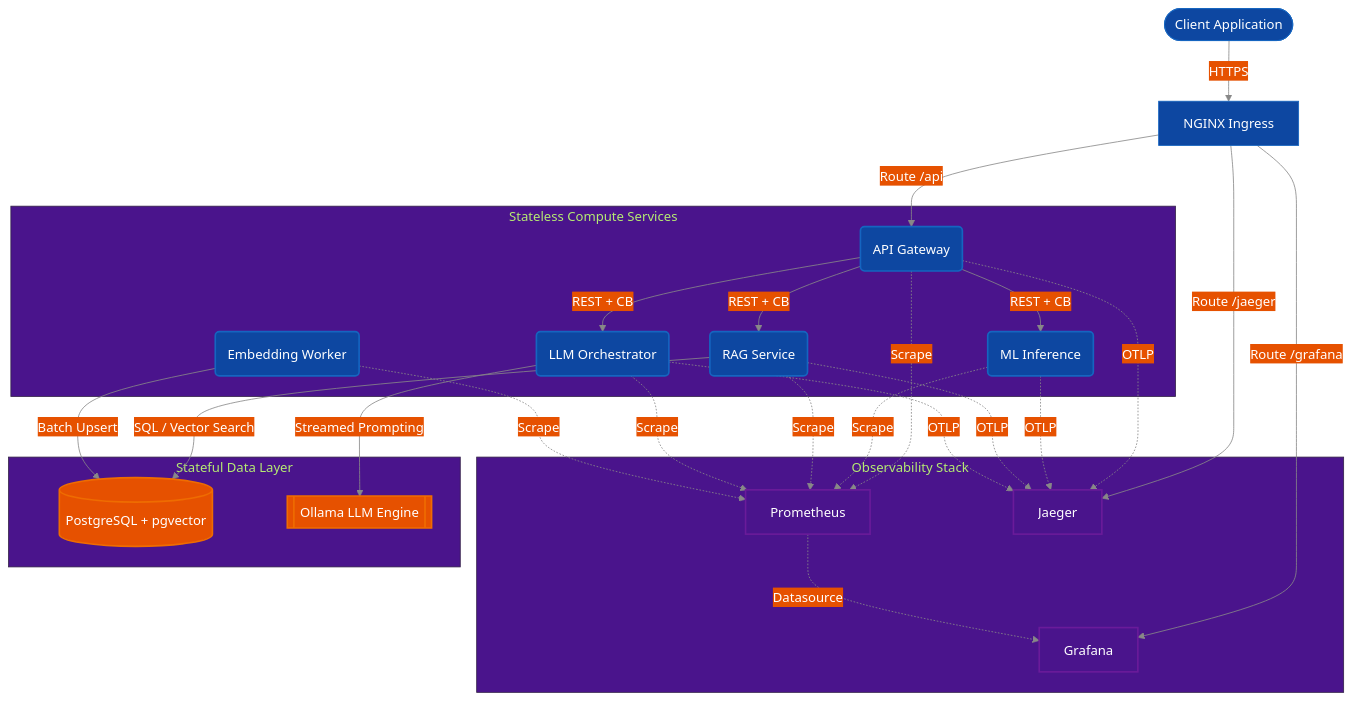
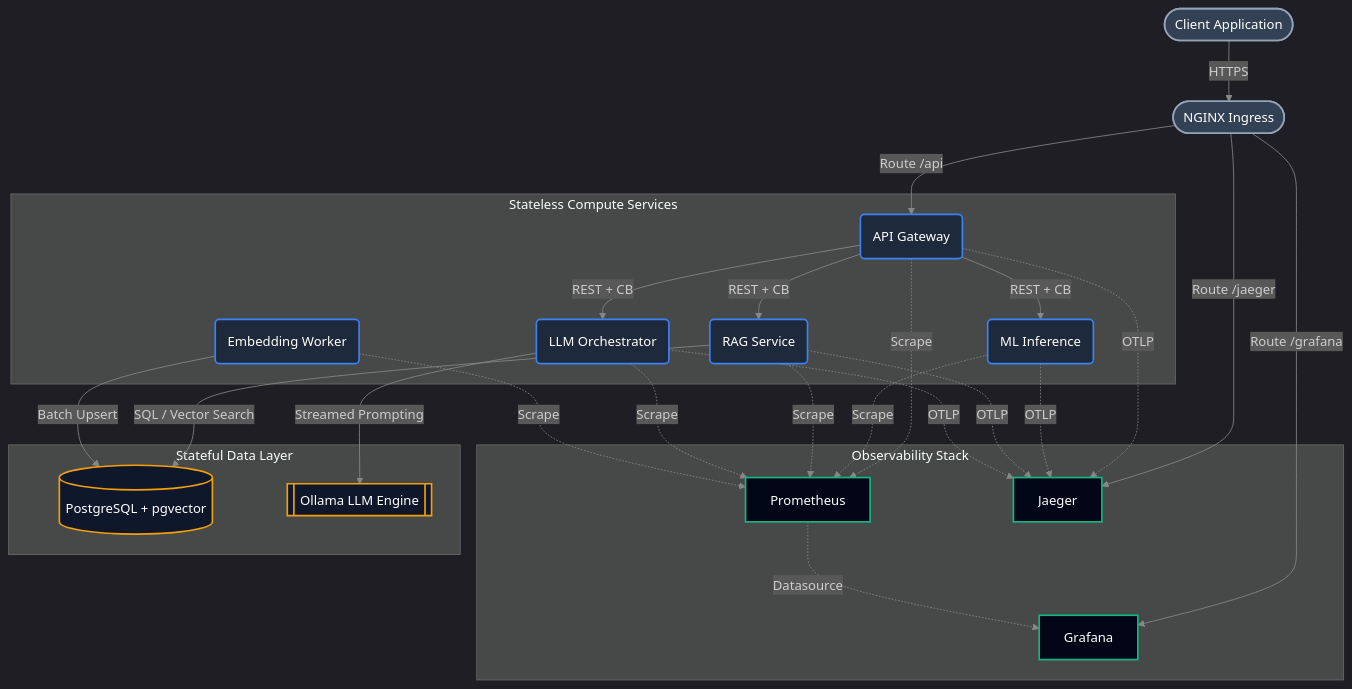
Before and after one commit to Satya136-dvsn/biz-stratosphere: the first of 3 diagrams in docs/whitepaper/diagrams.md, drawn with Mermaid.

Commit message:
style(docs): refine architecture diagrams with professional premium slate theme

````diff
--- a/docs/whitepaper/diagrams.md
+++ b/docs/whitepaper/diagrams.md
@@ -7,69 +7,71 @@
 ```mermaid
-%%{init: {'theme': 'base', 'themeVariables': { 'primaryColor': '#0d47a1', 'primaryTextColor': '#fff', 'primaryBorderColor': '#1565c0', 'lineColor': '#888', 'secondaryColor': '#e65100', 'tertiaryColor': '#4a148c' }}}%%
+%%{init: {'theme': 'dark', 'themeVariables': { 'lineColor': '#888', 'primaryTextColor': '#fff' }}}%%
 graph TD
     %% External
     Client([Client Application])
-    Ingress[NGINX Ingress]
+    Ingress([NGINX Ingress])
 
     %% Observability
     subgraph Observability Stack
         Prom[Prometheus]
         Graf[Grafana]
         Jaeg[Jaeger]
     end
 
     %% Stateless Application Services
     subgraph Stateless Compute Services
         GW(API Gateway)
         ML(ML Inference)
         RAG(RAG Service)
         ORCH(LLM Orchestrator)
         WORK(Embedding Worker)
     end
 
     %% Stateful Data Services
     subgraph Stateful Data Layer
         PG[(PostgreSQL + pgvector)]
         LLM[[Ollama LLM Engine]]
     end
 
     %% Routing
     Client -->|HTTPS| Ingress
     Ingress -->|Route /api| GW
     Ingress -->|Route /grafana| Graf
     Ingress -->|Route /jaeger| Jaeg
 
     %% API Gateway Flow
     GW -->|REST + CB| ML
     GW -->|REST + CB| RAG
     GW -->|REST + CB| ORCH
 
     %% Backend Dependencies
     RAG -->|SQL / Vector Search| PG
     WORK -->|Batch Upsert| PG
     ORCH -->|Streamed Prompting| LLM
 
     %% Metrics Collection
     GW -.->|Scrape| Prom
     ML -.->|Scrape| Prom
     RAG -.->|Scrape| Prom
     ORCH -.->|Scrape| Prom
     WORK -.->|Scrape| Prom
     
     %% Dashboard
     Prom -.->|Datasource| Graf
     
     %% Traces
     GW -.->|OTLP| Jaeg
     ML -.->|OTLP| Jaeg
     RAG -.->|OTLP| Jaeg
     ORCH -.->|OTLP| Jaeg
 
-    classDef stateless fill:#0d47a1,stroke:#1565c0,stroke-width:2px,color:#fff;
-    classDef stateful fill:#e65100,stroke:#ef6c00,stroke-width:2px,color:#fff;
-    classDef obs fill:#4a148c,stroke:#6a1b9a,stroke-width:2px,color:#fff;
+    classDef stateless fill:#1e293b,stroke:#3b82f6,stroke-width:2px,color:#fff;
+    classDef stateful fill:#0f172a,stroke:#f59e0b,stroke-width:2px,color:#fff;
+    classDef obs fill:#020617,stroke:#10b981,stroke-width:2px,color:#fff;
+    classDef ext fill:#334155,stroke:#94a3b8,stroke-width:2px,color:#fff;
     
     class GW,ML,RAG,ORCH,WORK stateless;
     class PG,LLM stateful;
     class Prom,Graf,Jaeg obs;
+    class Client,Ingress ext;
 ```
````
